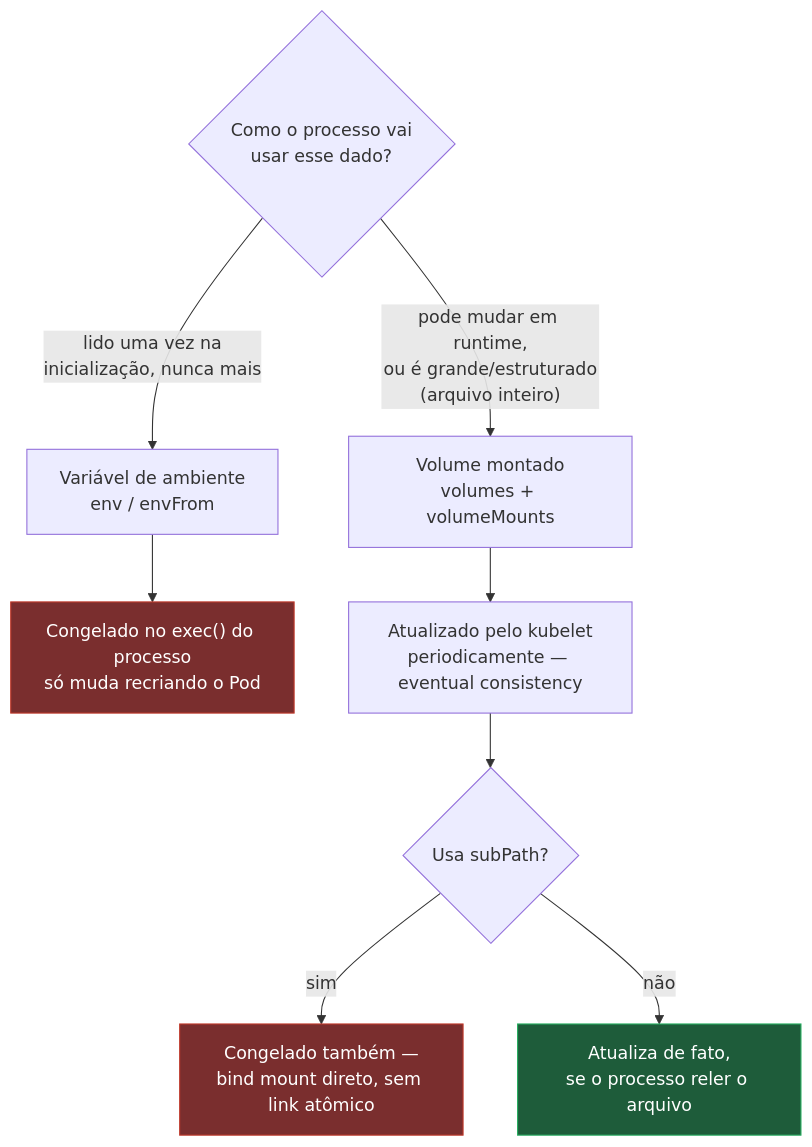
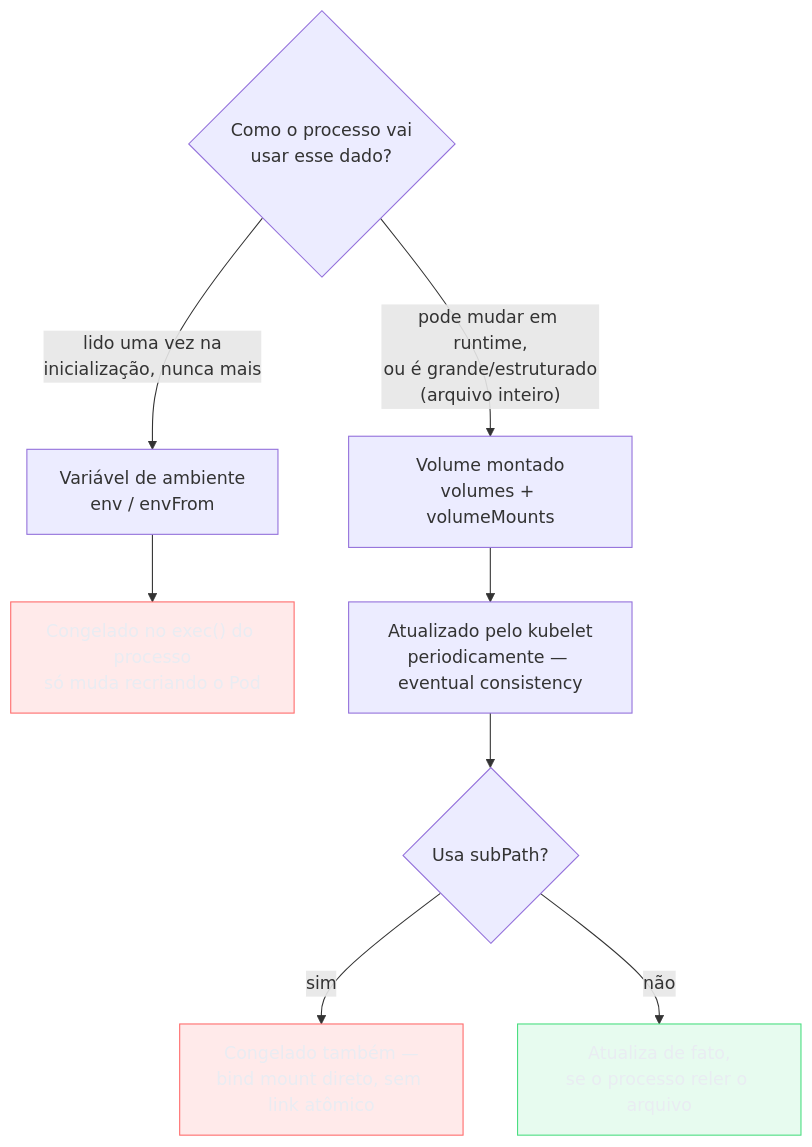
Before and after one commit to josenaldo/codex-technomanticus: the first of 2 diagrams in 03-Dominios/Tecnologia/Infraestrutura/Kubernetes/08 - ConfigMap e Secret.md, drawn with Mermaid. The commit also changed 1181 other files, not shown here.

First line of the commit message:
fix(diagramas): paleta do sistema no lugar de cor cravada no markdown

````diff
--- a/03-Dominios/Tecnologia/Infraestrutura/Kubernetes/08 - ConfigMap e Secret.md
+++ b/03-Dominios/Tecnologia/Infraestrutura/Kubernetes/08 - ConfigMap e Secret.md
@@ -70,14 +70,16 @@
 ```mermaid
 graph TD
+    classDef falha fill:#FF6B6B24,stroke:#FF6B6B,color:#E9ECF2
+    classDef ok fill:#4ADE8021,stroke:#4ADE80,color:#E9ECF2
     Q{"Como o processo vai<br/>usar esse dado?"} -->|"lido uma vez na<br/>inicialização, nunca mais"| ENV["Variável de ambiente<br/>env / envFrom"]
     Q -->|"pode mudar em runtime,<br/>ou é grande/estruturado<br/>(arquivo inteiro)"| VOL["Volume montado<br/>volumes + volumeMounts"]
     ENV --> ENVR["Congelado no exec() do processo<br/>só muda recriando o Pod"]
     VOL --> VOLR["Atualizado pelo kubelet<br/>periodicamente — eventual consistency"]
     VOLR --> SUB{"Usa subPath?"}
     SUB -->|"sim"| NOUP["Congelado também —<br/>bind mount direto, sem link atômico"]
     SUB -->|"não"| UP["Atualiza de fato,<br/>se o processo reler o arquivo"]
 
-    style ENVR fill:#7a2e2e,stroke:#c0392b,color:#fff
-    style NOUP fill:#7a2e2e,stroke:#c0392b,color:#fff
-    style UP fill:#1e5c3a,stroke:#27ae60,color:#fff
+    class ENVR falha
+    class NOUP falha
+    class UP ok
 ```
````
